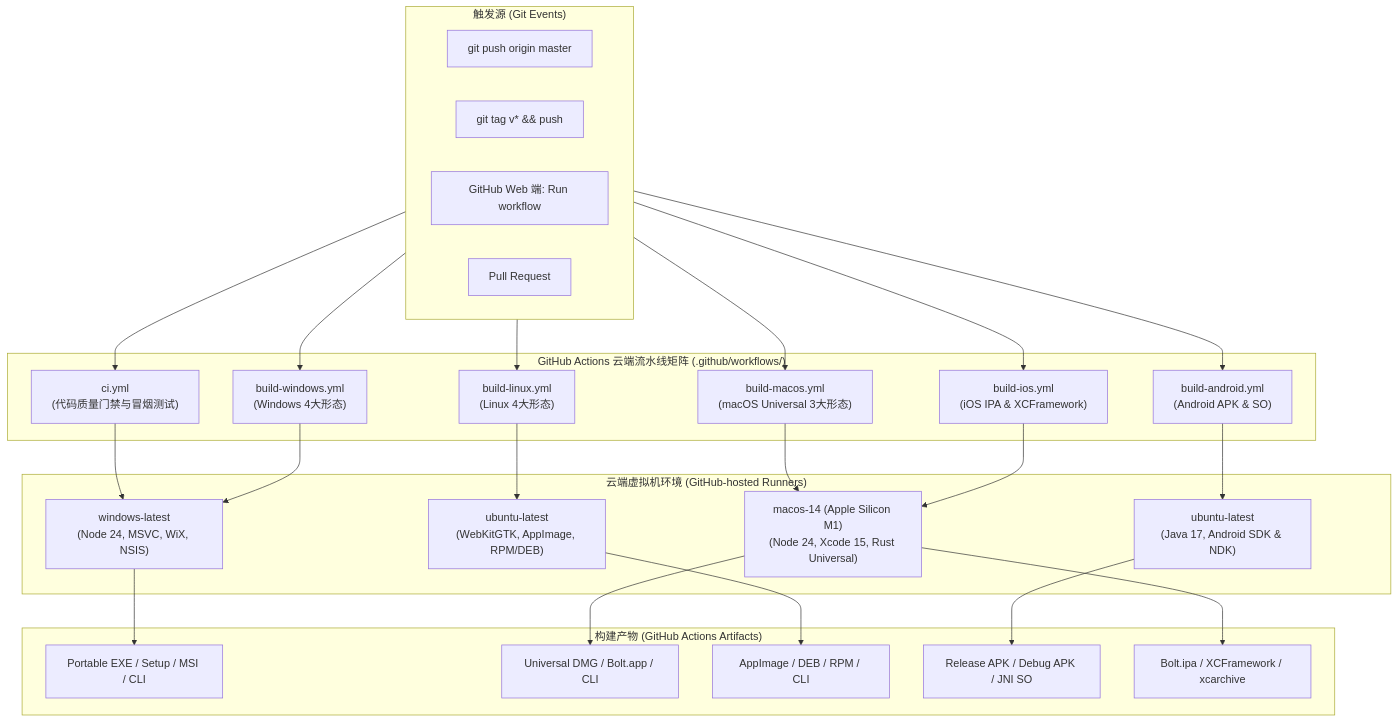
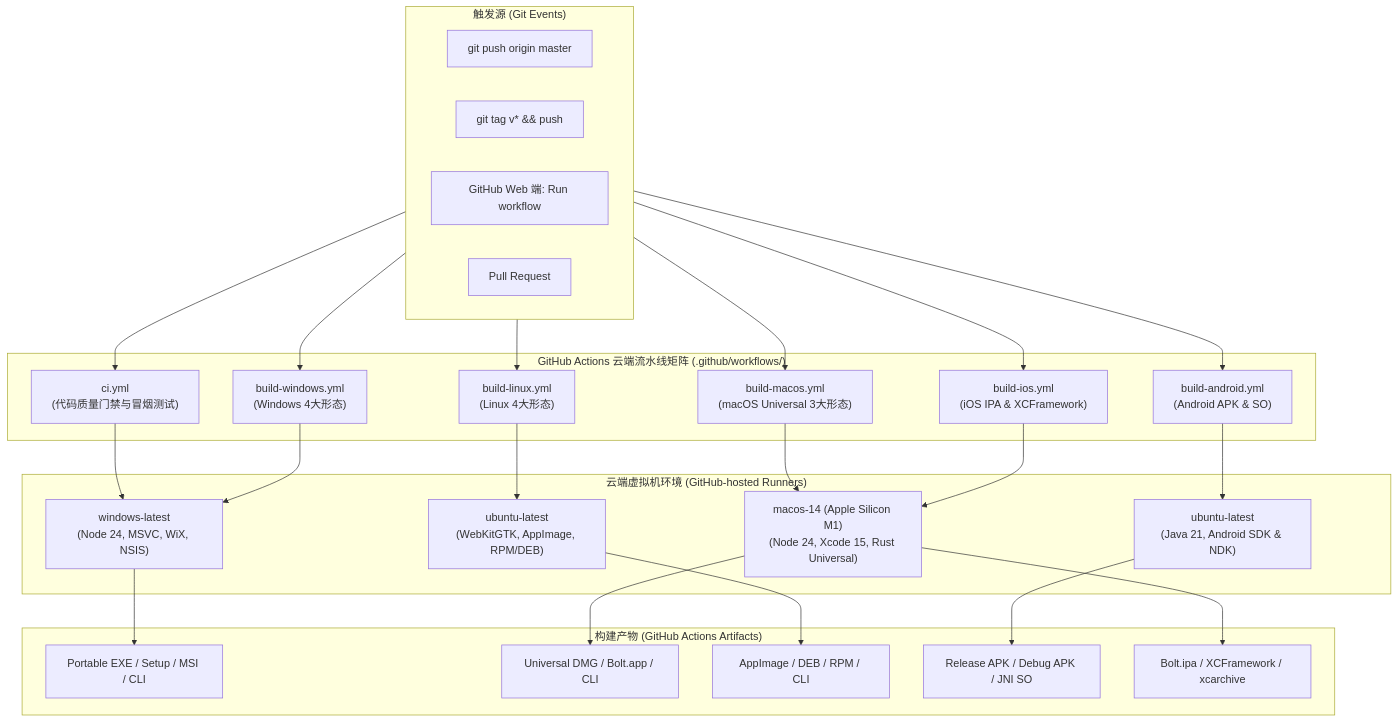
Before and after one commit to gengzhy/bolt: the diagram in docs/github_actions_guide.md, drawn with Mermaid. The commit also changed other lines of this file and 1 other file, not shown here.

Commit message:
ci: upgrade JDK from 17 to 21 for Android build

````diff
--- a/docs/github_actions_guide.md
+++ b/docs/github_actions_guide.md
@@ -11,47 +11,47 @@
 ```mermaid
 graph TD
     subgraph Triggers ["触发源 (Git Events)"]
         Push["git push origin master"]
         Tag["git tag v* && push"]
         Manual["GitHub Web 端: Run workflow"]
         PR["Pull Request"]
     end
 
     subgraph Workflows ["GitHub Actions 云端流水线矩阵 (.github/workflows/)"]
         CI["ci.yml<br/>(代码质量门禁与冒烟测试)"]
         Win["build-windows.yml<br/>(Windows 4大形态)"]
         Mac["build-macos.yml<br/>(macOS Universal 3大形态)"]
         Linux["build-linux.yml<br/>(Linux 4大形态)"]
         Android["build-android.yml<br/>(Android APK & SO)"]
         iOS["build-ios.yml<br/>(iOS IPA & XCFramework)"]
     end
 
     subgraph Runners ["云端虚拟机环境 (GitHub-hosted Runners)"]
         R_Win["windows-latest<br/>(Node 24, MSVC, WiX, NSIS)"]
         R_Mac["macos-14 (Apple Silicon M1)<br/>(Node 24, Xcode 15, Rust Universal)"]
         R_Linux["ubuntu-latest<br/>(WebKitGTK, AppImage, RPM/DEB)"]
-        R_Android["ubuntu-latest<br/>(Java 17, Android SDK & NDK)"]
+        R_Android["ubuntu-latest<br/>(Java 21, Android SDK & NDK)"]
     end
 
     subgraph Artifacts ["构建产物 (GitHub Actions Artifacts)"]
         A_Win["Portable EXE / Setup / MSI / CLI"]
         A_Mac["Universal DMG / Bolt.app / CLI"]
         A_Linux["AppImage / DEB / RPM / CLI"]
         A_Android["Release APK / Debug APK / JNI SO"]
         A_iOS["Bolt.ipa / XCFramework / xcarchive"]
     end
 
     Triggers --> CI
     Triggers --> Win
     Triggers --> Mac
     Triggers --> Linux
     Triggers --> Android
     Triggers --> iOS
 
     CI --> R_Win
     Win --> R_Win --> A_Win
     Mac --> R_Mac --> A_Mac
     Linux --> R_Linux --> A_Linux
     Android --> R_Android --> A_Android
     iOS --> R_Mac --> A_iOS
 ```
````
